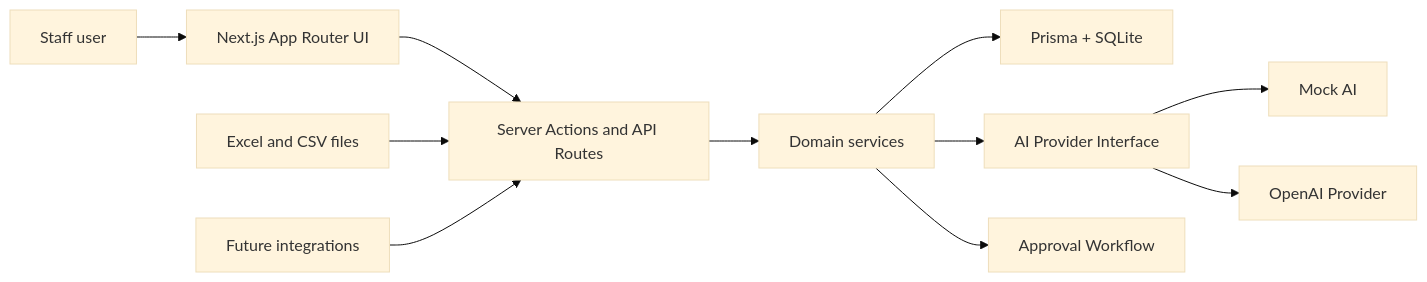
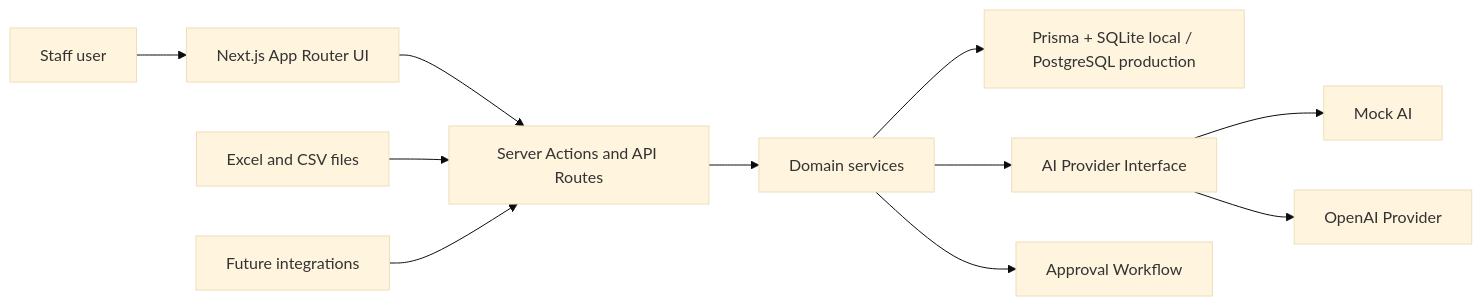
Before and after one commit to Ibrahim0320/VenuePilot: the diagram in ARCHITECTURE.md, drawn with Mermaid (base theme). The commit also changed other lines of this file and 30 other files, not shown here.

````diff
--- a/ARCHITECTURE.md
+++ b/ARCHITECTURE.md
@@ -14,13 +14,13 @@
 ```mermaid
 flowchart LR
   Staff["Staff user"] --> UI["Next.js App Router UI"]
   UI --> API["Server Actions and API Routes"]
   API --> Domain["Domain services"]
-  Domain --> DB["Prisma + SQLite"]
+  Domain --> DB["Prisma + SQLite local / PostgreSQL production"]
   Domain --> AI["AI Provider Interface"]
   AI --> Mock["Mock AI"]
   AI --> OpenAI["OpenAI Provider"]
   Domain --> Approvals["Approval Workflow"]
   Imports["Excel and CSV files"] --> API
   Integrations["Future integrations"] --> API
 ```
````
